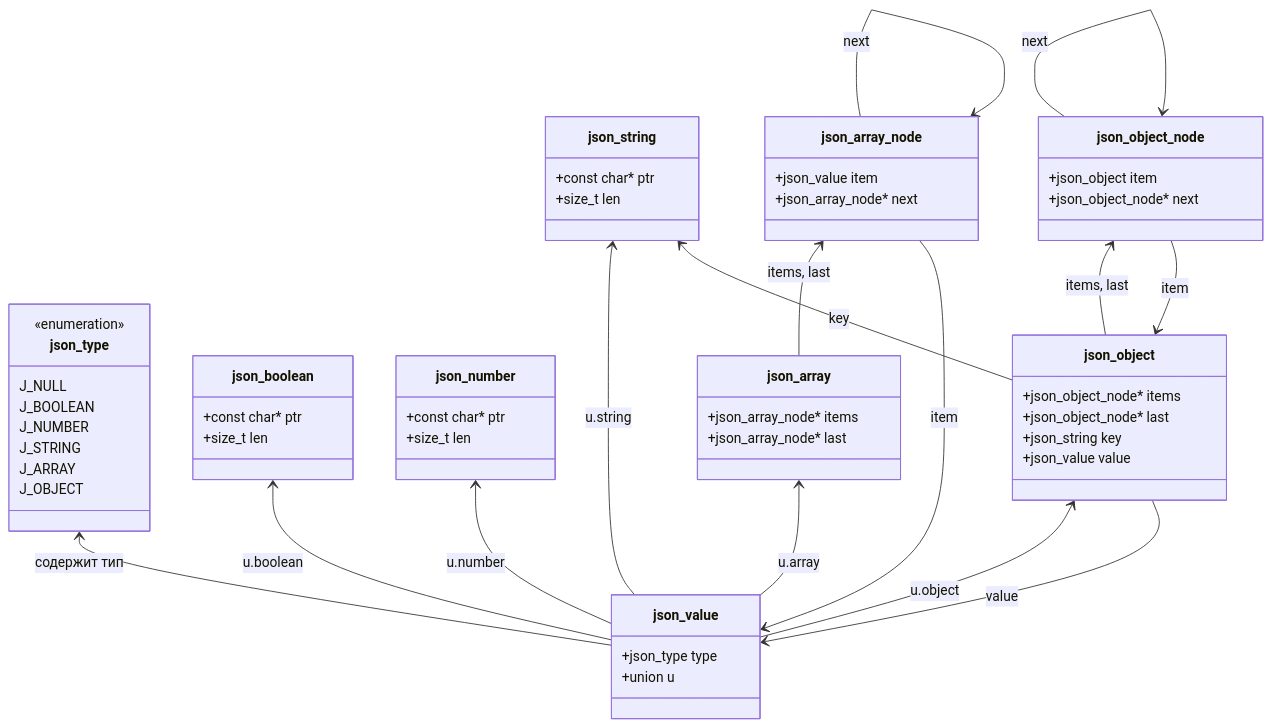
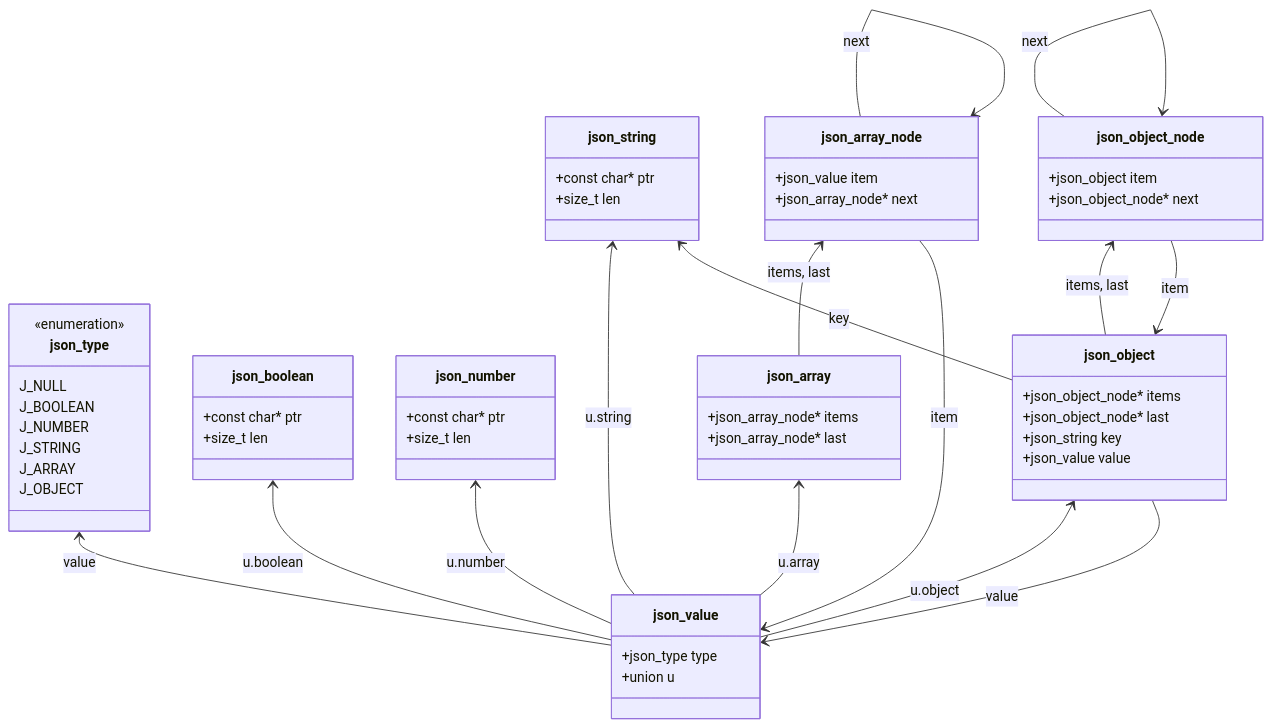
The diagram in classDiagram.mmd (default-writer/c-json-parser), drawn with Mermaid before and after one commit. The commit also changed 3 other files, not shown here.

```diff
--- a/classDiagram.mmd
+++ b/classDiagram.mmd
@@ -1,76 +1,76 @@
 classDiagram
     direction BT
 
     class json_value {
         +json_type type
         +union u
     }
 
     class json_type {
         <<enumeration>>
         J_NULL
         J_BOOLEAN
         J_NUMBER
         J_STRING
         J_ARRAY
         J_OBJECT
     }
 
     class json_string {
         +const char* ptr
         +size_t len
     }
 
     class json_boolean {
         +const char* ptr
         +size_t len
     }
 
     class json_number {
         +const char* ptr
         +size_t len
     }
 
     class json_array {
         +json_array_node* items
         +json_array_node* last
     }
 
     class json_object {
         +json_object_node* items
         +json_object_node* last
     }
 
     class json_array_node {
         +json_value item
         +json_array_node* next
     }
 
     class json_object_node {
         +json_object item
         +json_object_node* next
     }
 
     class json_object {
         +json_string key
         +json_value value
     }
 
-    json_value --> json_type : содержит тип
+    json_value --> json_type : value
     json_value --> json_string : u.string
     json_value --> json_boolean : u.boolean
     json_value --> json_number : u.number
     json_value --> json_array : u.array
     json_value --> json_object : u.object
 
     json_array --> json_array_node : items, last
     json_object --> json_object_node : items, last
 
     json_array_node --> json_value : item
     json_array_node --> json_array_node : next
 
     json_object_node --> json_object : item
     json_object_node --> json_object_node : next
 
     json_object --> json_string : key
     json_object --> json_value : value
```
